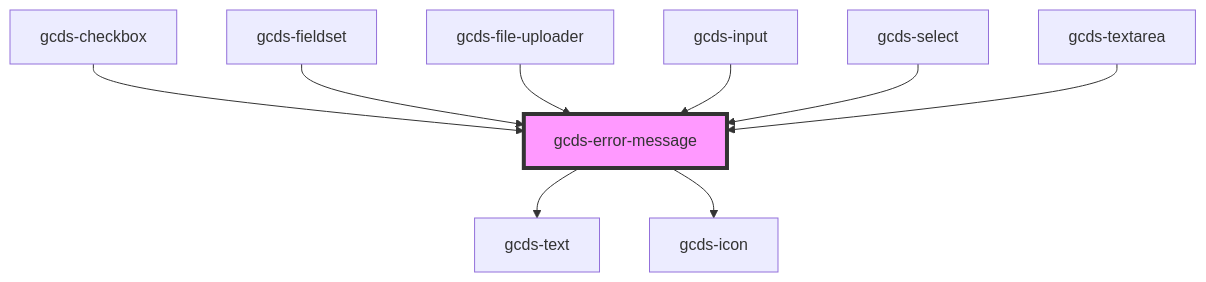
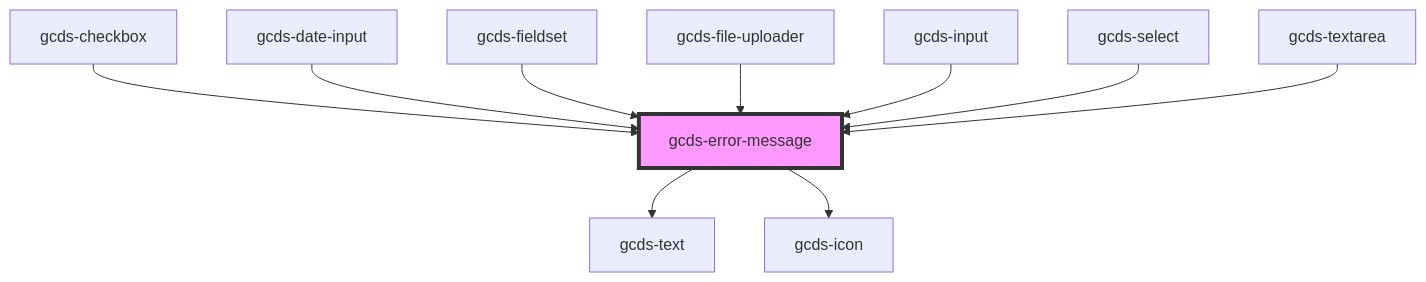
One commit to cds-snc/gcds-components changed the diagram in packages/web/src/components/gcds-error-message/readme.md. Above: the diagram before and after it, drawn with Mermaid. The commit also changed other lines of this file and 5 other files, not shown here.

````diff
--- a/packages/web/src/components/gcds-error-message/readme.md
+++ b/packages/web/src/components/gcds-error-message/readme.md
@@ -32,12 +33,13 @@
 ```mermaid
 graph TD;
   gcds-error-message --> gcds-text
   gcds-error-message --> gcds-icon
   gcds-checkbox --> gcds-error-message
+  gcds-date-input --> gcds-error-message
   gcds-fieldset --> gcds-error-message
   gcds-file-uploader --> gcds-error-message
   gcds-input --> gcds-error-message
   gcds-select --> gcds-error-message
   gcds-textarea --> gcds-error-message
   style gcds-error-message fill:#f9f,stroke:#333,stroke-width:4px
 ```
````
